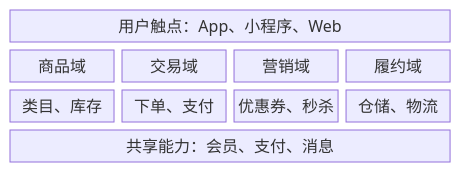
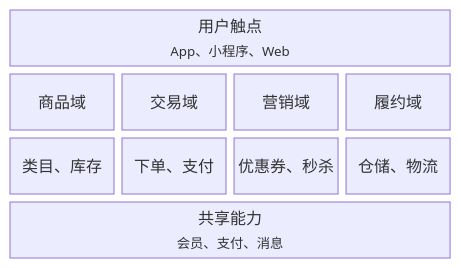
Before and after one commit to huang-hee/diagram-kit: the second of 7 diagrams in references/types-structure.md, drawn with Mermaid. The commit also changed other lines of this file and 248 other files, not shown here.

First line of the commit message:
feat: 示例按统一风格重做，补齐 42 张 drawio 整图示例，默认工具改为 drawio

````diff
--- a/references/types-structure.md
+++ b/references/types-structure.md
@@ -74,12 +74,12 @@
 ```mermaid
 block-beta
   columns 4
-  ch["用户触点：App、小程序、Web"]:4
+  ch["用户触点<br><small>App、小程序、Web</small>"]:4
   d1["商品域"] d2["交易域"] d3["营销域"] d4["履约域"]
   c1["类目、库存"] c2["下单、支付"] c3["优惠券、秒杀"] c4["仓储、物流"]
-  base["共享能力：会员、支付、消息"]:4
+  base["共享能力<br><small>会员、支付、消息</small>"]:4
   class ch channel
   class d1,d2,d3,d4 domain
   class c1,c2,c3,c4 capability
   class base shared
 ```
````
